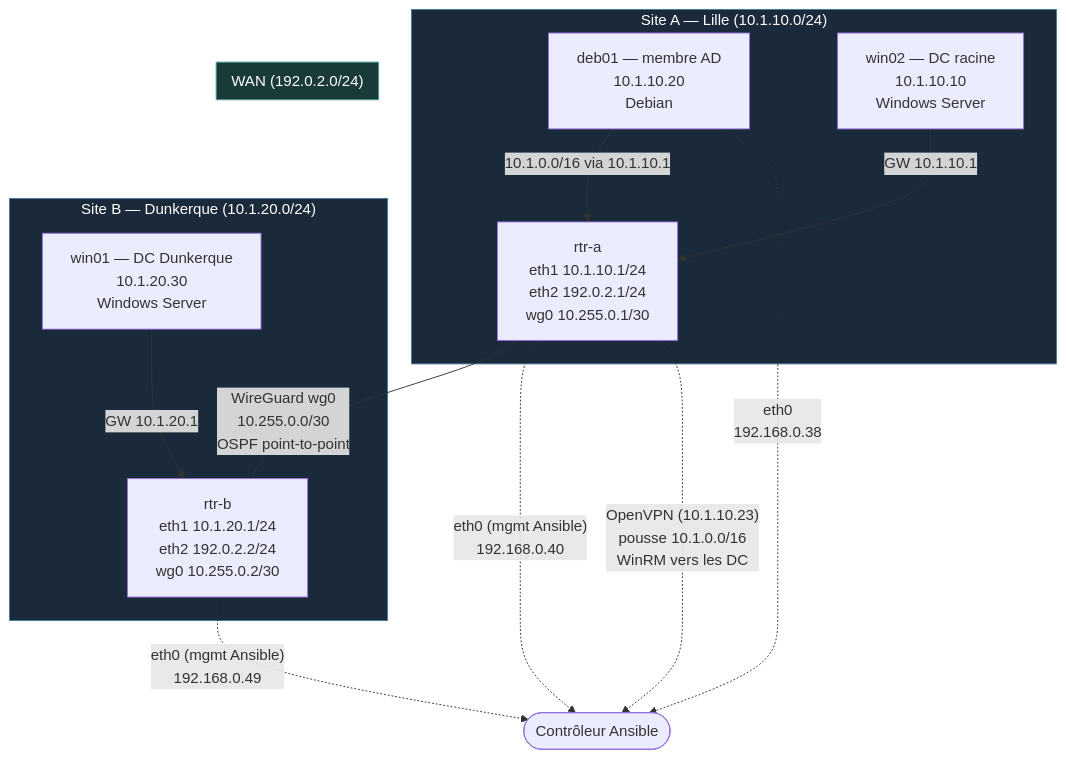
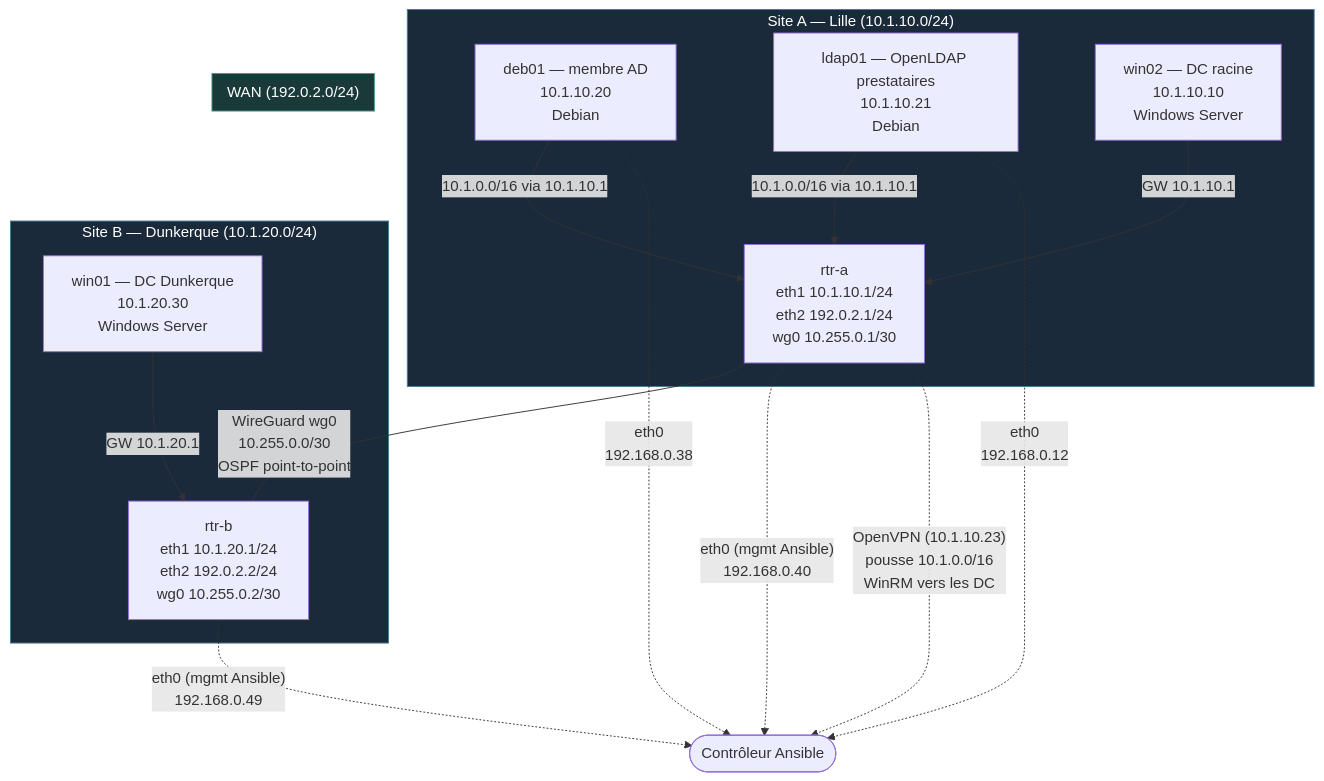
One commit to maelsrs/b3-adminsys changed the diagram in ansible/README.md. Above: the diagram before and after it, drawn with Mermaid. The commit also changed other lines of this file and 11 other files, not shown here.

First line of the commit message:
MC07 : interroger AD en LDAP, OpenLDAP des prestataires sur ldap01

````diff
--- a/ansible/README.md
+++ b/ansible/README.md
@@ -8,32 +8,35 @@
 ```mermaid
 graph TD
   subgraph site_a["Site A — Lille (10.1.10.0/24)"]
     deb01["deb01 — membre AD\n10.1.10.20\nDebian"]
+    ldap01["ldap01 — OpenLDAP prestataires\n10.1.10.21\nDebian"]
     win02["win02 — DC racine\n10.1.10.10\nWindows Server"]
     rtr_a["rtr-a\neth1 10.1.10.1/24\neth2 192.0.2.1/24\nwg0 10.255.0.1/30"]
   end
 
   subgraph site_b["Site B — Dunkerque (10.1.20.0/24)"]
     rtr_b["rtr-b\neth1 10.1.20.1/24\neth2 192.0.2.2/24\nwg0 10.255.0.2/30"]
     win01["win01 — DC Dunkerque\n10.1.20.30\nWindows Server"]
   end
 
   subgraph wan["WAN (192.0.2.0/24)"]
     rtr_a -- "WireGuard wg0\n10.255.0.0/30\nOSPF point-to-point" --- rtr_b
   end
 
   deb01 -->|"10.1.0.0/16 via 10.1.10.1"| rtr_a
+  ldap01 -->|"10.1.0.0/16 via 10.1.10.1"| rtr_a
   win02 -->|"GW 10.1.10.1"| rtr_a
   win01 -->|"GW 10.1.20.1"| rtr_b
 
   rtr_a -. "eth0 (mgmt Ansible)\n192.168.0.40" .-> ctrl
   rtr_b -. "eth0 (mgmt Ansible)\n192.168.0.49" .-> ctrl
   deb01 -. "eth0\n192.168.0.38" .-> ctrl
+  ldap01 -. "eth0\n192.168.0.12" .-> ctrl
   rtr_a -. "OpenVPN (10.1.10.23)\npousse 10.1.0.0/16\nWinRM vers les DC" .-> ctrl
 
   ctrl(["Contrôleur Ansible"])
 
   style wan fill:#1a3a3a,color:#fff,stroke:#4a9a8a
   style site_a fill:#1a2a3a,color:#fff,stroke:#4a7a9a
   style site_b fill:#1a2a3a,color:#fff,stroke:#4a7a9a
 ```
````
